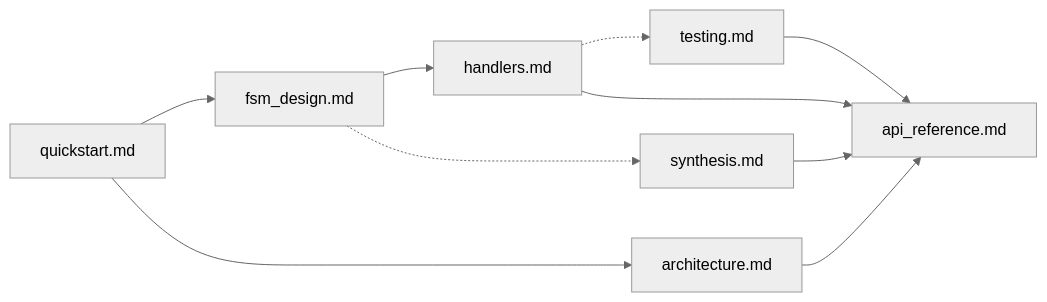
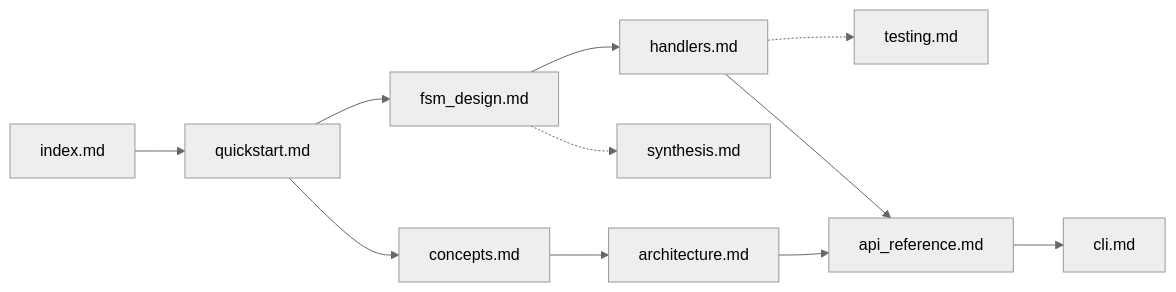
Before and after one commit to NikolasMarkou/fsm_llm: the diagram in docs/README.md, drawn with Mermaid (neutral theme). The commit also changed other lines of this file and 40 other files, not shown here.

````diff
--- a/docs/README.md
+++ b/docs/README.md
@@ -20,11 +34,10 @@
 ```mermaid
 flowchart LR
-    Q[quickstart.md] --> D[fsm_design.md] --> H[handlers.md]
-    Q --> A[architecture.md]
+    I[index.md] --> Q[quickstart.md] --> D[fsm_design.md] --> H[handlers.md]
+    Q --> C[concepts.md] --> A[architecture.md]
     D -.-> S[synthesis.md]
     H -.-> T[testing.md]
-    H --> R[api_reference.md]
-    A --> R
-    S --> R
-    T --> R
+    A --> R[api_reference.md]
+    H --> R
+    R --> L[cli.md]
 ```
````
